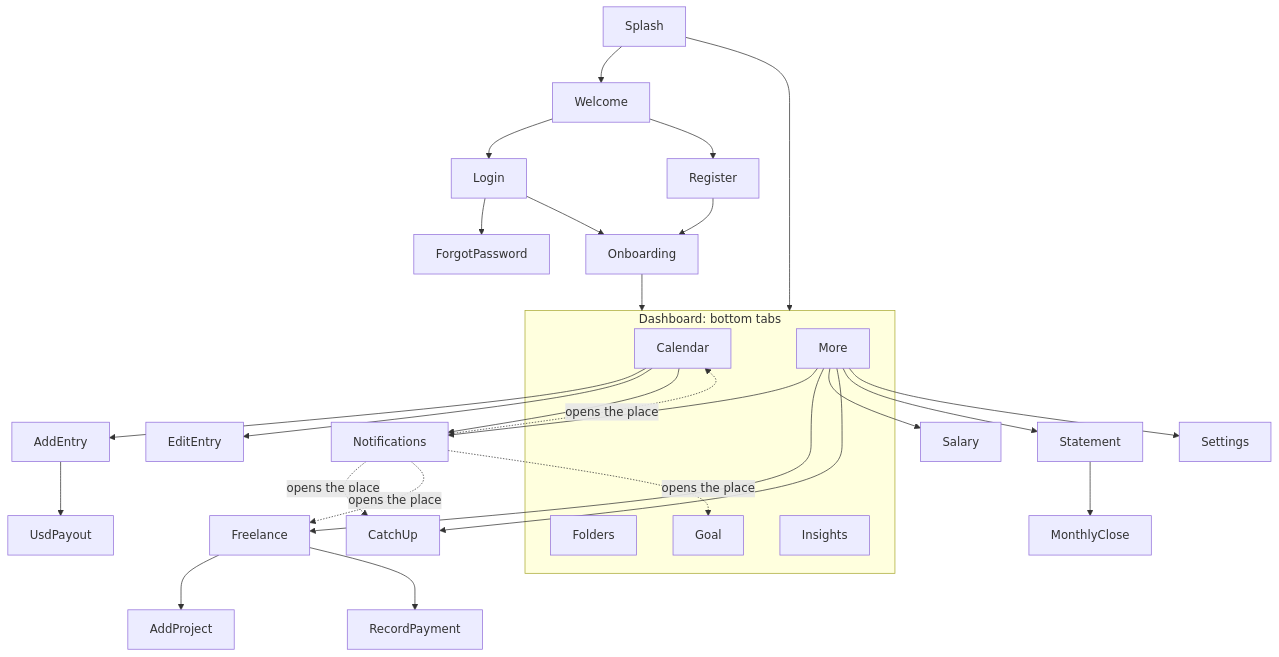
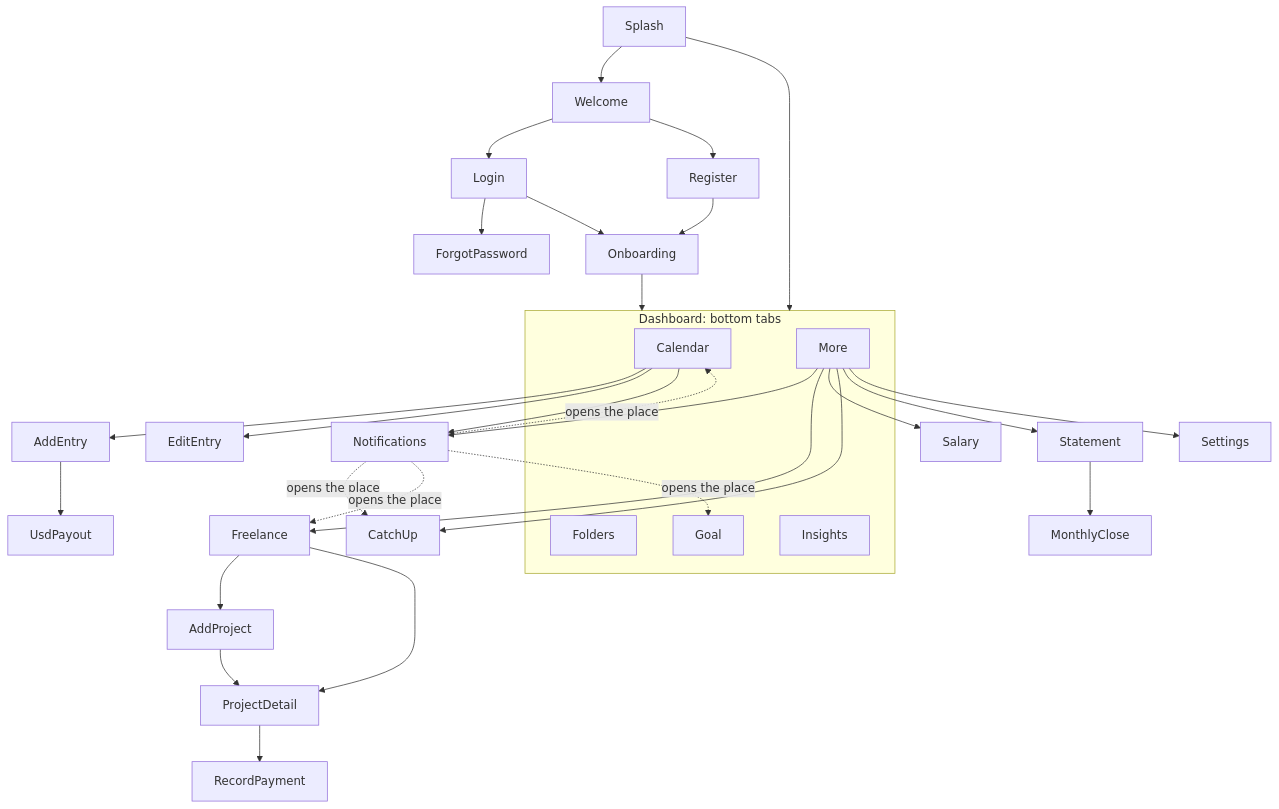
The ninth of 9 diagrams in docs/diagrams.md (NethmikaKekuu/MoneyTrail), drawn with Mermaid before and after one commit. The commit also changed other lines of this file, not shown here.

Commit message:
Docs: update diagrams for the new freelance flow

````diff
--- a/docs/diagrams.md
+++ b/docs/diagrams.md
@@ -173,21 +174,22 @@
 ```mermaid
 flowchart TD
     Splash --> Welcome & Dashboard
     Welcome --> Login & Register
     Login --> ForgotPassword
     Login & Register --> Onboarding --> Dashboard
     subgraph Dashboard[Dashboard: bottom tabs]
         Calendar
         Folders
         Goal
         Insights
         More
     end
     Calendar --> AddEntry --> UsdPayout
     Calendar --> EditEntry
     Calendar --> Notifications
     More --> Notifications & Freelance & Salary & CatchUp & Statement & Settings
-    Freelance --> AddProject & RecordPayment
+    Freelance --> AddProject --> ProjectDetail
+    Freelance --> ProjectDetail --> RecordPayment
     Statement --> MonthlyClose
     Notifications -. opens the place .-> Calendar & Goal & CatchUp & Freelance
 ```
````
